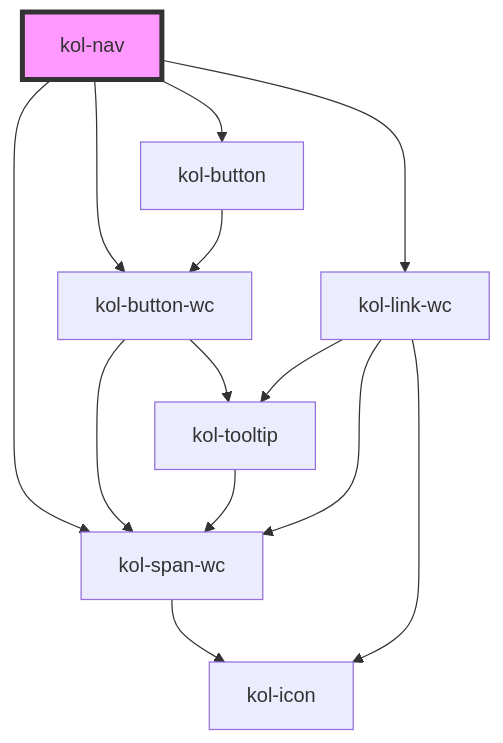
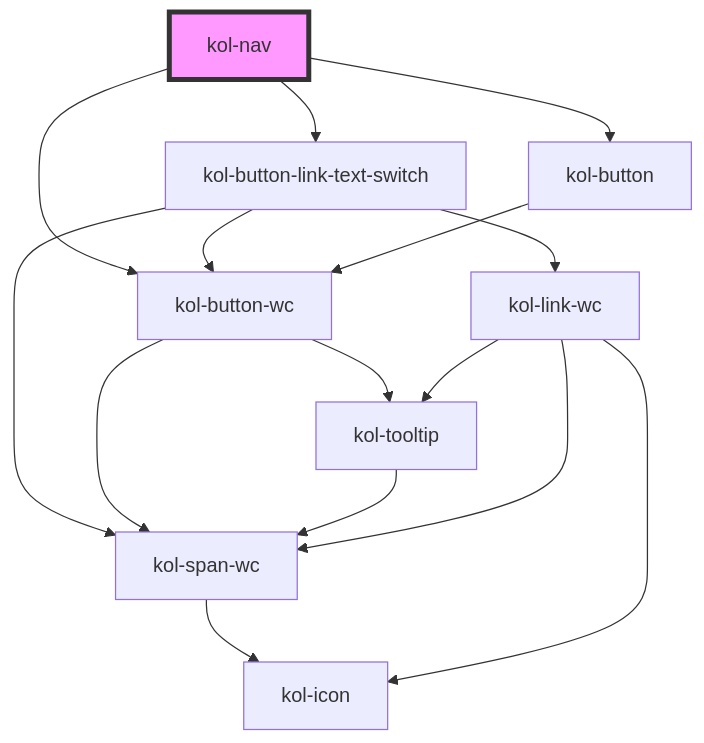
One commit to public-ui/kolibri changed the diagram in packages/components/src/components/nav/readme.md. Above: the diagram before and after it, drawn with Mermaid. The commit also changed other lines of this file and 24 other files, not shown here.

````diff
--- a/packages/components/src/components/nav/readme.md
+++ b/packages/components/src/components/nav/readme.md
@@ -131,16 +130,18 @@
 ```mermaid
 graph TD;
+  kol-nav --> kol-button-link-text-switch
   kol-nav --> kol-button-wc
-  kol-nav --> kol-span-wc
-  kol-nav --> kol-link-wc
   kol-nav --> kol-button
+  kol-button-link-text-switch --> kol-button-wc
+  kol-button-link-text-switch --> kol-link-wc
+  kol-button-link-text-switch --> kol-span-wc
   kol-button-wc --> kol-span-wc
   kol-button-wc --> kol-tooltip
   kol-span-wc --> kol-icon
   kol-tooltip --> kol-span-wc
   kol-link-wc --> kol-span-wc
   kol-link-wc --> kol-icon
   kol-link-wc --> kol-tooltip
   kol-button --> kol-button-wc
   style kol-nav fill:#f9f,stroke:#333,stroke-width:4px
 ```
````
